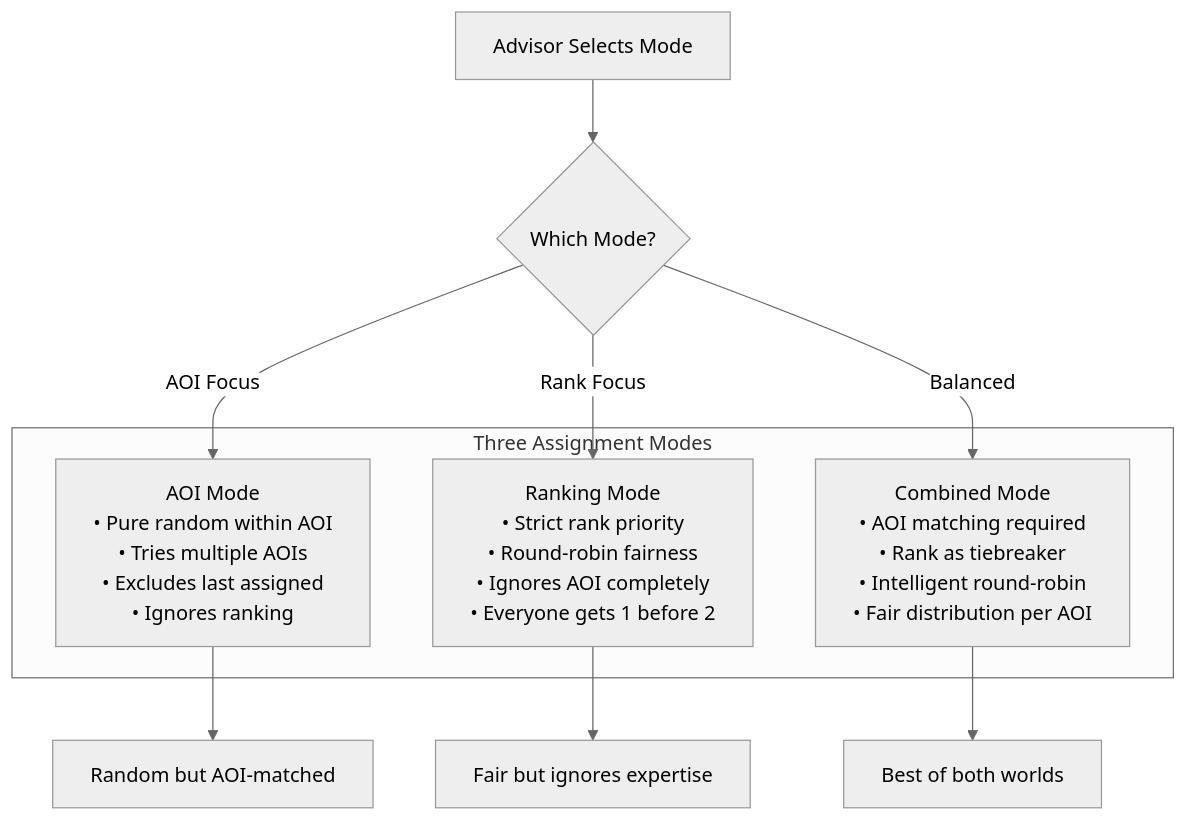
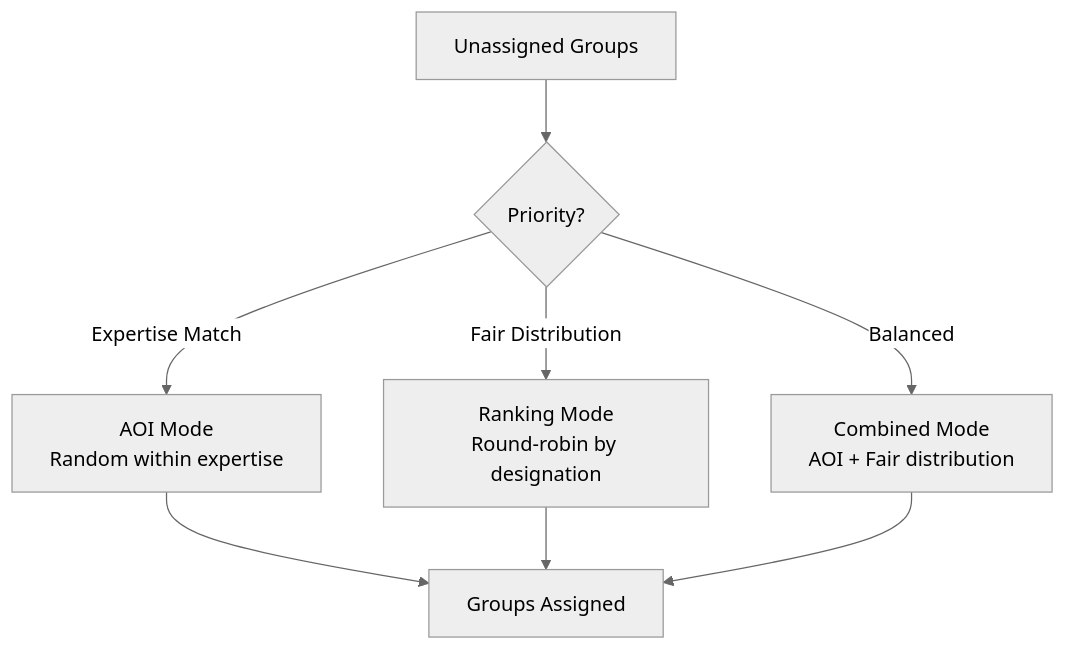
One commit to abdullah2323442/thesisrepo-backup changed diagram 16 of 31 in sequence.md. Above: the diagram before and after it, drawn with Mermaid (neutral theme). The commit also changed other lines of this file, not shown here.

Commit message:
refactor(sequence-diagrams): Revise supervisor assignment section to unify lottery modes and enhance clarity in assignment logic

````diff
--- a/sequence.md
+++ b/sequence.md
@@ -431,19 +355,11 @@
 ```mermaid
 graph TD
-    subgraph Modes["Three Assignment Modes"]
-        AOI["AOI Mode<br/>• Pure random within AOI<br/>• Tries multiple AOIs<br/>• Excludes last assigned<br/>• Ignores ranking"]
-        
-        Ranking["Ranking Mode<br/>• Strict rank priority<br/>• Round-robin fairness<br/>• Ignores AOI completely<br/>• Everyone gets 1 before 2"]
-        
-        Combined["Combined Mode<br/>• AOI matching required<br/>• Rank as tiebreaker<br/>• Intelligent round-robin<br/>• Fair distribution per AOI"]
-    end
+    Start[Unassigned Groups] --> Choice{Priority?}
+    Choice -->|Expertise Match| AOI[AOI Mode<br/>Random within expertise]
+    Choice -->|Fair Distribution| Rank[Ranking Mode<br/>Round-robin by designation]
+    Choice -->|Balanced| Comb[Combined Mode<br/>AOI + Fair distribution]
     
-    Start[Advisor Selects Mode] --> Decision{Which Mode?}
-    Decision -->|AOI Focus| AOI
-    Decision -->|Rank Focus| Ranking
-    Decision -->|Balanced| Combined
-    
-    AOI --> Result1[Random but AOI-matched]
-    Ranking --> Result2[Fair but ignores expertise]
-    Combined --> Result3[Best of both worlds]
+    AOI --> Result[Groups Assigned]
+    Rank --> Result
+    Comb --> Result
 ```
````
